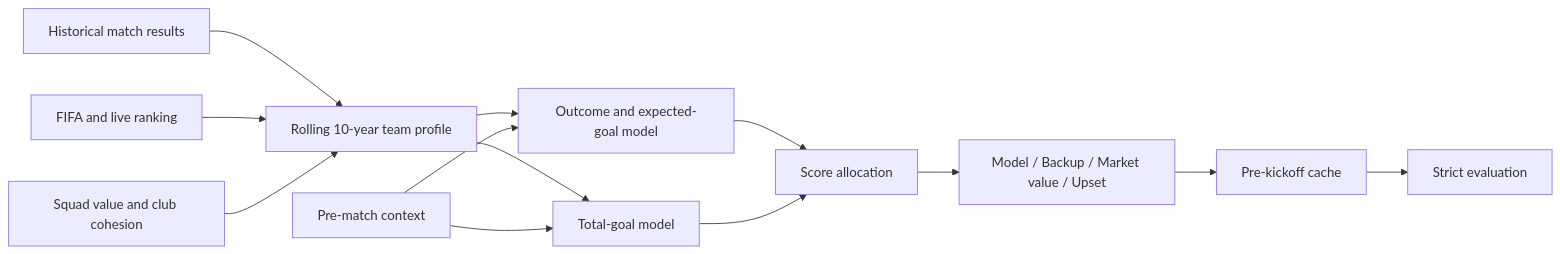
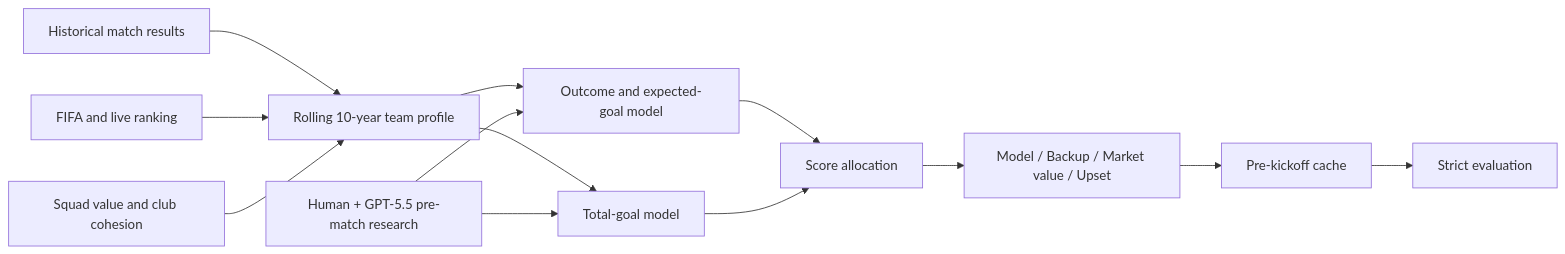
Before and after one commit to Lucifercoo/world-cup-prediction-model: the diagram in README.md, drawn with Mermaid. The commit also changed other lines of this file and 30 other files, not shown here.

````diff
--- a/README.md
+++ b/README.md
@@ -86,15 +90,15 @@
 ```mermaid
 flowchart LR
     A[Historical match results] --> D[Rolling 10-year team profile]
     B[FIFA and live ranking] --> D
     C[Squad value and club cohesion] --> D
     D --> E[Outcome and expected-goal model]
     D --> F[Total-goal model]
-    G[Pre-match context] --> E
+    G[Human + GPT-5.5 pre-match research] --> E
     G --> F
     E --> H[Score allocation]
     F --> H
     H --> I[Model / Backup / Market value / Upset]
     I --> J[Pre-kickoff cache]
     J --> K[Strict evaluation]
 ```
````
